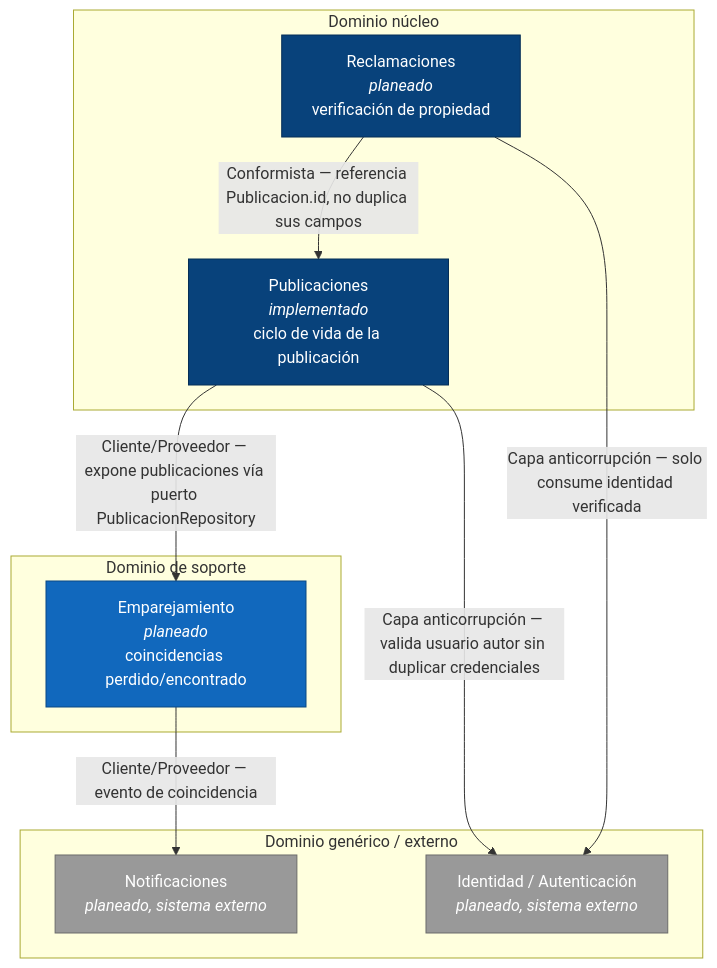
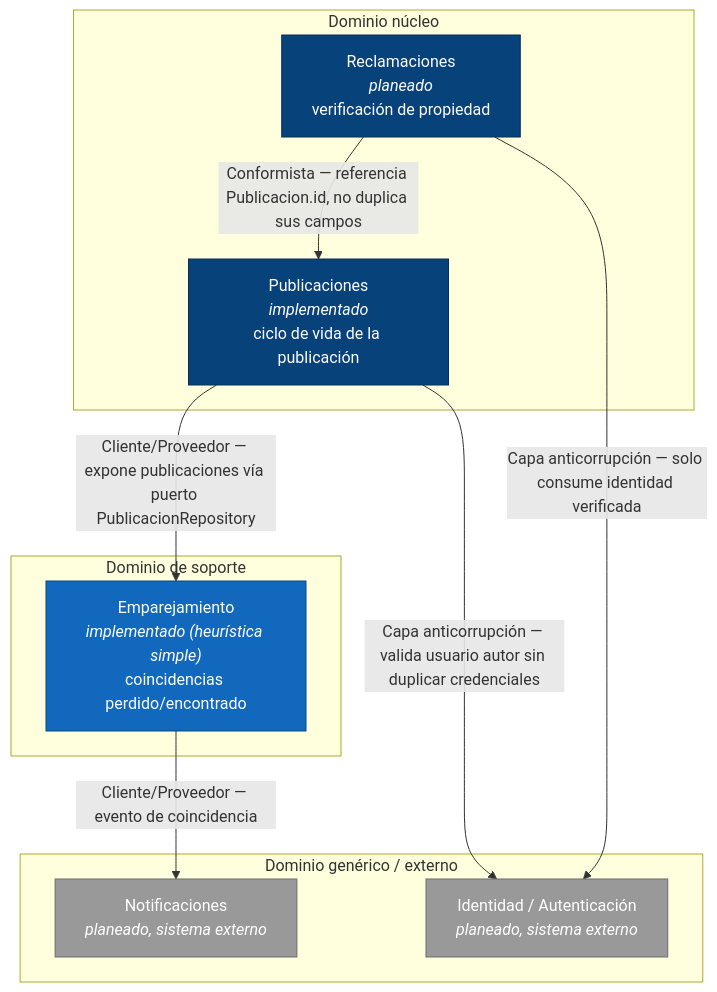
Before and after one commit to ISCOUTB/AS_202620_Recobra: the diagram in docs/context-map.md, drawn with Mermaid. The commit also changed other lines of this file and 32 other files, not shown here.

````diff
--- a/docs/context-map.md
+++ b/docs/context-map.md
@@ -12,30 +12,30 @@
 ```mermaid
 flowchart TB
     subgraph nucleo["Dominio núcleo"]
         PUB["Publicaciones<br/><i>implementado</i><br/>ciclo de vida de la publicación"]
         REC["Reclamaciones<br/><i>planeado</i><br/>verificación de propiedad"]
     end
 
     subgraph soporte["Dominio de soporte"]
-        MATCH["Emparejamiento<br/><i>planeado</i><br/>coincidencias perdido/encontrado"]
+        MATCH["Emparejamiento<br/><i>implementado (heurística simple)</i><br/>coincidencias perdido/encontrado"]
     end
 
     subgraph generico["Dominio genérico / externo"]
         NOTIF["Notificaciones<br/><i>planeado, sistema externo</i>"]
         AUTH["Identidad / Autenticación<br/><i>planeado, sistema externo</i>"]
     end
 
     PUB -->|"Cliente/Proveedor — expone publicaciones vía puerto PublicacionRepository"| MATCH
     MATCH -->|"Cliente/Proveedor — evento de coincidencia"| NOTIF
     REC -->|"Conformista — referencia Publicacion.id, no duplica sus campos"| PUB
     REC -->|"Capa anticorrupción — solo consume identidad verificada"| AUTH
     PUB -->|"Capa anticorrupción — valida usuario autor sin duplicar credenciales"| AUTH
 
     classDef nucleo fill:#08427b,color:#fff,stroke:#052e56;
     classDef soporte fill:#1168bd,color:#fff,stroke:#0b4884;
     classDef externo fill:#999999,color:#fff,stroke:#6b6b6b;
 
     class PUB,REC nucleo;
     class MATCH soporte;
     class NOTIF,AUTH externo;
 ```
````
